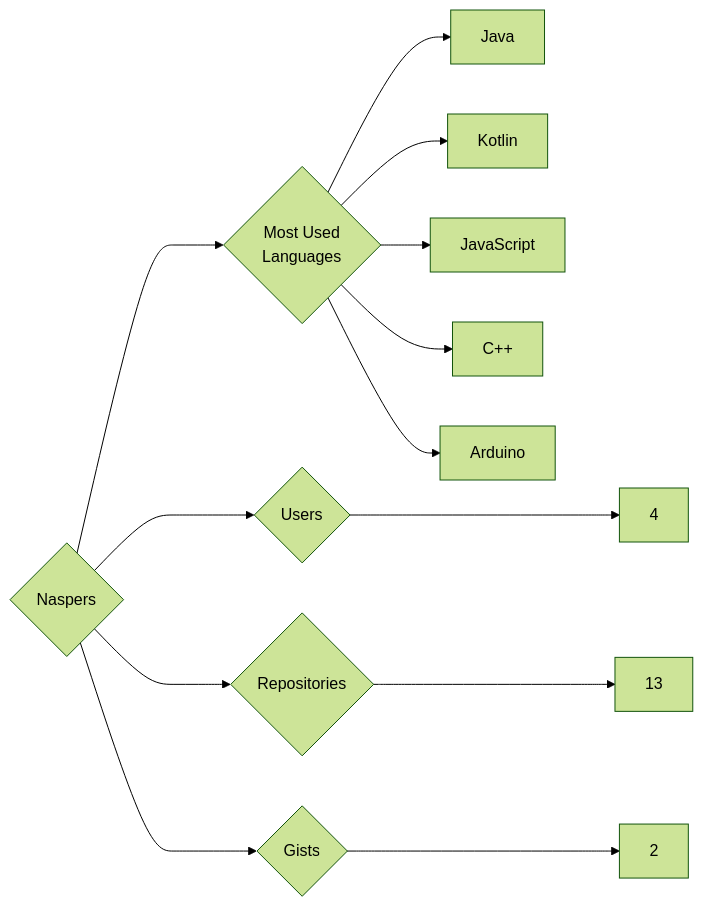
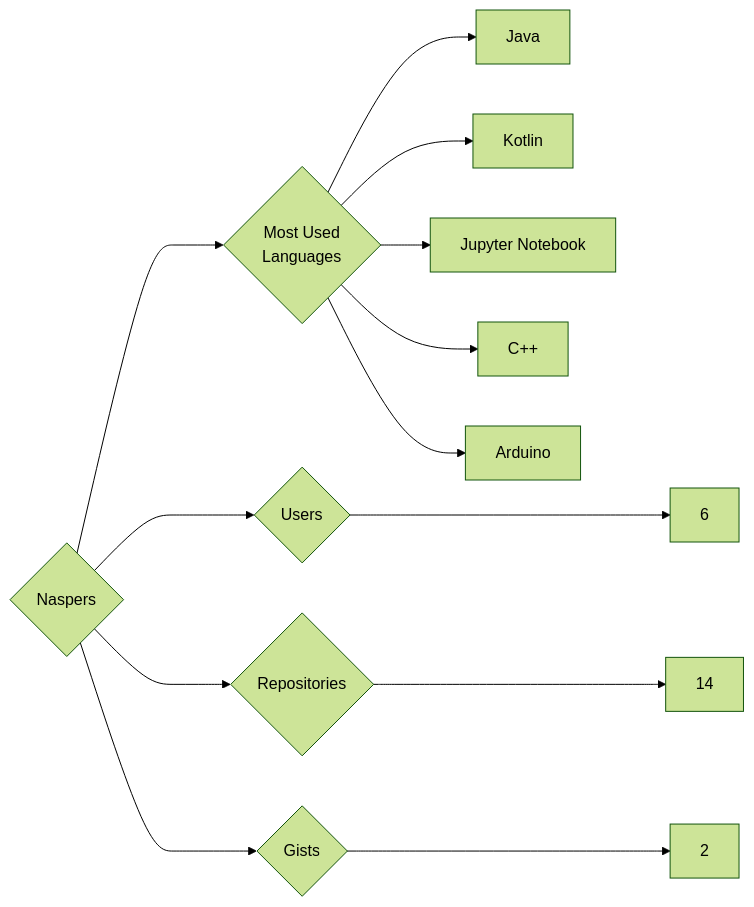
Before and after one commit to trickest/insiders: the diagram in targets/Naspers/README.md, drawn with Mermaid (forest theme). The commit also changed 1011 other files, not shown here.

````diff
--- a/targets/Naspers/README.md
+++ b/targets/Naspers/README.md
@@ -3,13 +3,13 @@
 ```mermaid
 graph LR
 COMPANY_NAME{Naspers}
-COMPANY_NAME ---> U{Users} ---> UN[4]
-COMPANY_NAME ---> R{Repositories} ---> RN[13]
+COMPANY_NAME ---> U{Users} ---> UN[6]
+COMPANY_NAME ---> R{Repositories} ---> RN[14]
 COMPANY_NAME ---> G{Gists} ---> GN[2]
 COMPANY_NAME ---> ML{Most Used<br>Languages}
 ML --> Java[Java]
 ML --> Kotlin[Kotlin]
-ML --> JavaScript[JavaScript]
+ML --> Jupyter_Notebook[Jupyter Notebook]
 ML --> C++[C++]
 ML --> Arduino[Arduino]
 ```
````
